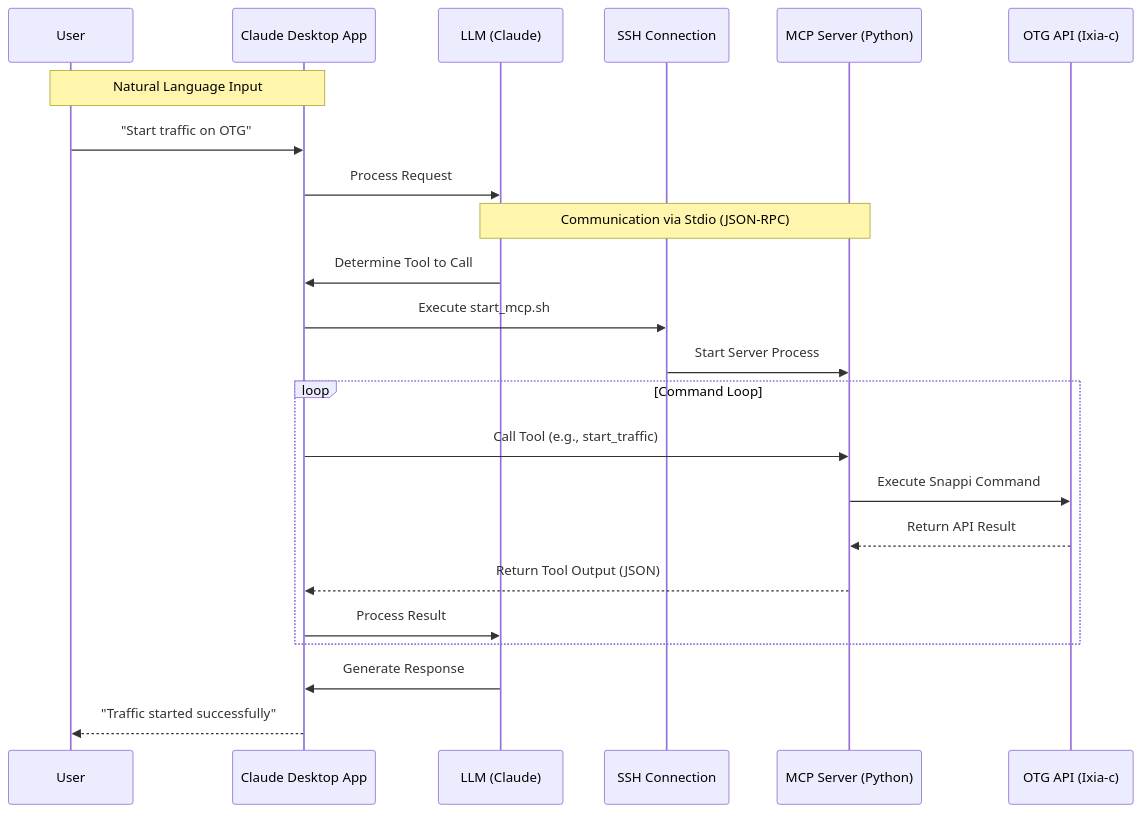
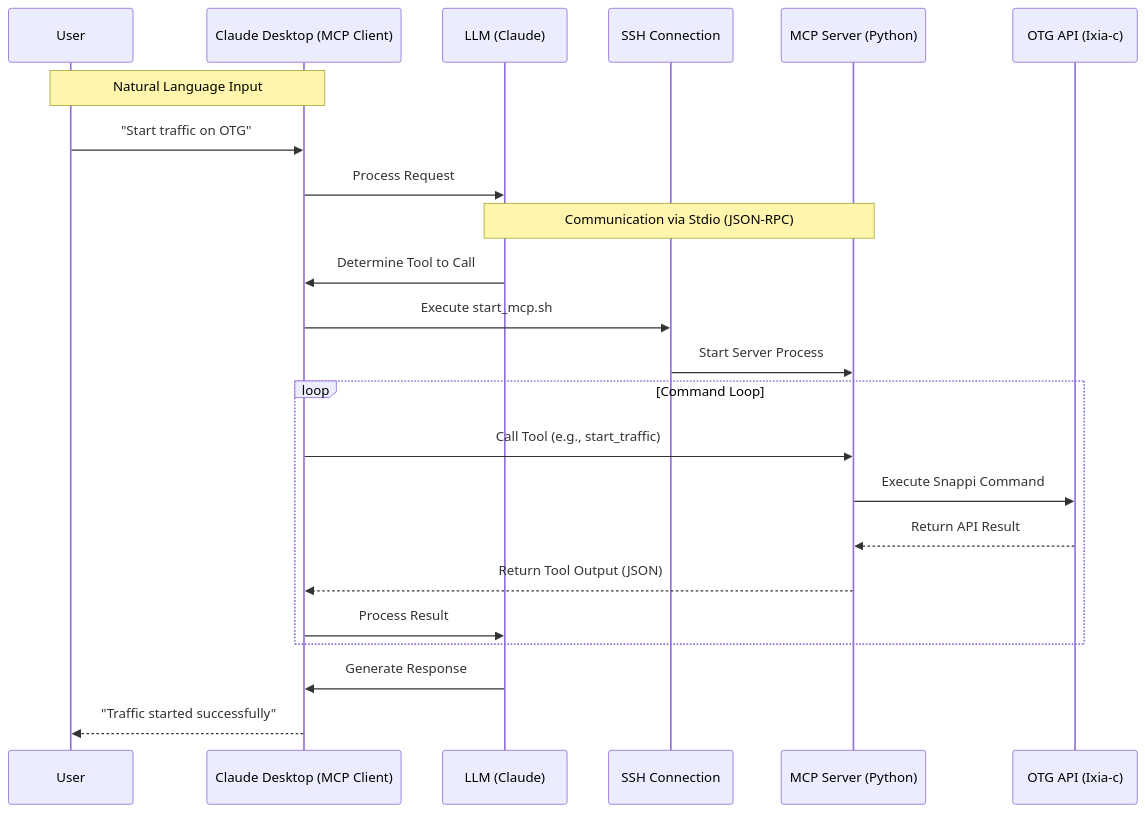
The second of 2 diagrams in README.md (tadashota212/otg-test), drawn with Mermaid before and after one commit.

Commit message:
Rename to Claude Desktop (MCP Client) for clarity

````diff
--- a/README.md
+++ b/README.md
@@ -107,29 +107,29 @@
 ```mermaid
 sequenceDiagram
     participant User as User
-    participant Client as Claude Desktop App
+    participant Client as Claude Desktop (MCP Client)
     participant LLM as LLM (Claude)
     participant SSH as SSH Connection
     participant MCP as MCP Server (Python)
     participant OTG as OTG API (Ixia-c)
 
     Note over User, Client: Natural Language Input
     User->>Client: "Start traffic on OTG"
     Client->>LLM: Process Request
     
     Note over LLM, MCP: Communication via Stdio (JSON-RPC)
     LLM->>Client: Determine Tool to Call
     Client->>SSH: Execute start_mcp.sh
     SSH->>MCP: Start Server Process
     
     loop Command Loop
         Client->>MCP: Call Tool (e.g., start_traffic)
         MCP->>OTG: Execute Snappi Command
         OTG-->>MCP: Return API Result
         MCP-->>Client: Return Tool Output (JSON)
         Client->>LLM: Process Result
     end
     
     LLM->>Client: Generate Response
     Client-->>User: "Traffic started successfully"
 ```
````
